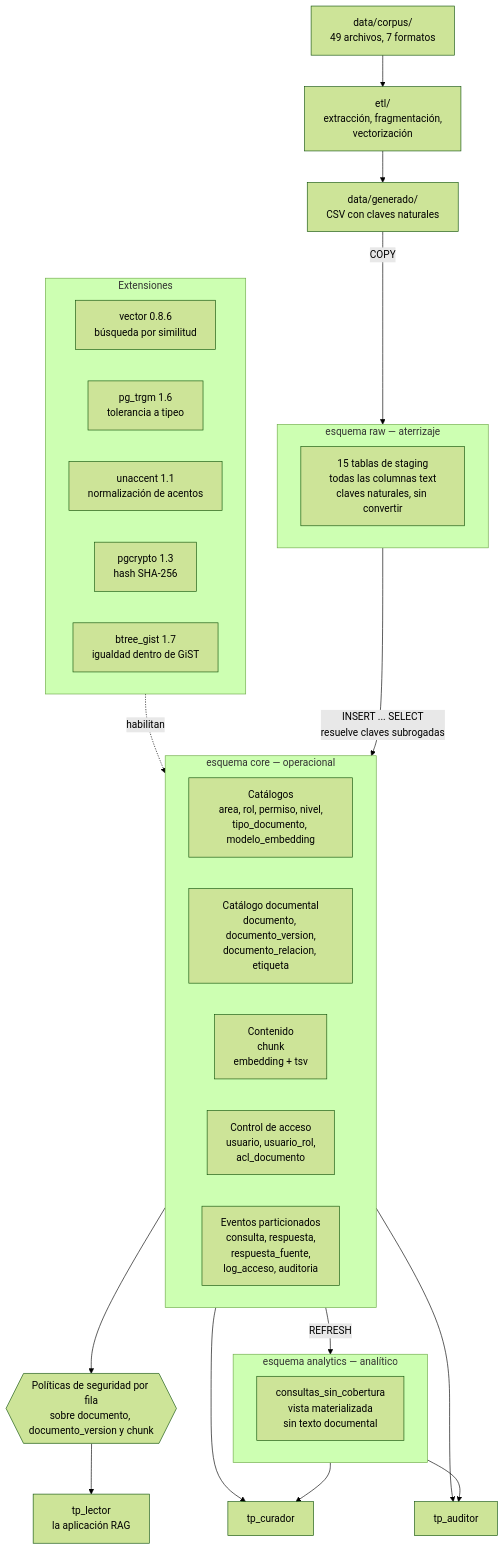
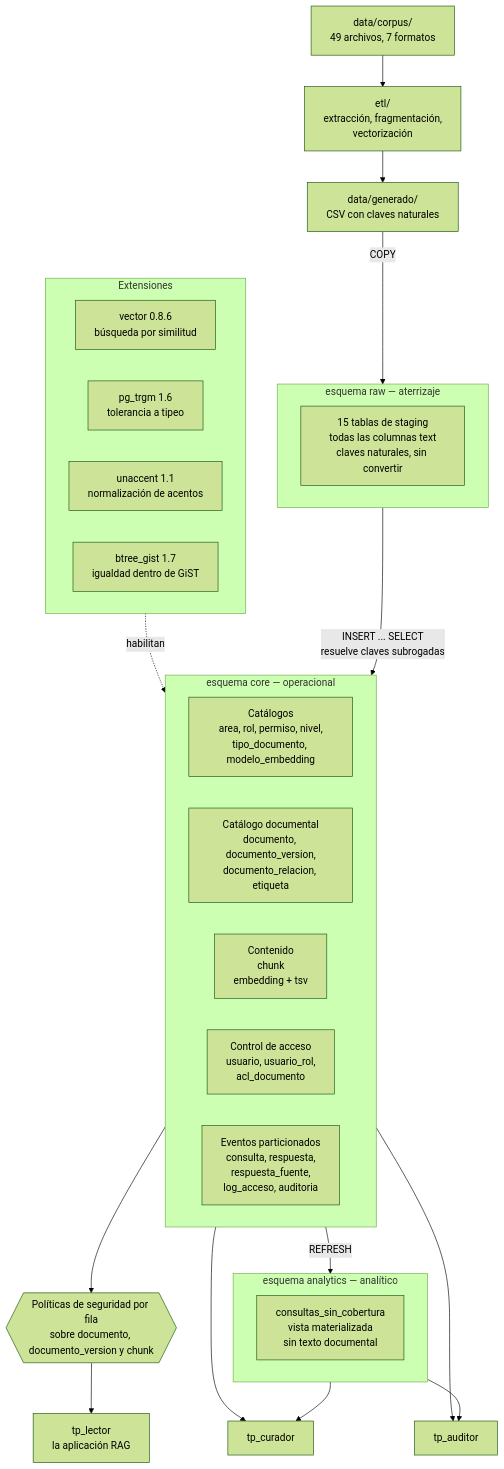
One commit to Droms99/tp_bdia changed the diagram in docs/diagramas/modelo_fisico.md. Above: the diagram before and after it, drawn with Mermaid (forest theme). The commit also changed other lines of this file and 5 other files, not shown here.

````diff
--- a/docs/diagramas/modelo_fisico.md
+++ b/docs/diagramas/modelo_fisico.md
@@ -20,46 +20,45 @@
 ```mermaid
 flowchart TB
     subgraph ext["Extensiones"]
         direction LR
         vector["vector 0.8.6<br/>búsqueda por similitud"]
         trgm["pg_trgm 1.6<br/>tolerancia a tipeo"]
         unacc["unaccent 1.1<br/>normalización de acentos"]
-        crypto["pgcrypto 1.3<br/>hash SHA-256"]
         bgist["btree_gist 1.7<br/>igualdad dentro de GiST"]
     end
 
     subgraph raw["esquema raw — aterrizaje"]
         direction LR
         stg["15 tablas de staging<br/>todas las columnas text<br/>claves naturales, sin convertir"]
     end
 
     subgraph core["esquema core — operacional"]
         direction LR
         cat["Catálogos<br/>area, rol, permiso, nivel,<br/>tipo_documento, modelo_embedding"]
         doc["Catálogo documental<br/>documento, documento_version,<br/>documento_relacion, etiqueta"]
         cnt["Contenido<br/>chunk<br/>embedding + tsv"]
         acc["Control de acceso<br/>usuario, usuario_rol,<br/>acl_documento"]
         evt["Eventos particionados<br/>consulta, respuesta,<br/>respuesta_fuente,<br/>log_acceso, auditoria"]
     end
 
     subgraph ana["esquema analytics — analítico"]
         direction LR
         mv["consultas_sin_cobertura<br/>vista materializada<br/>sin texto documental"]
     end
 
     corpus["data/corpus/<br/>49 archivos, 7 formatos"] --> etl["etl/<br/>extracción, fragmentación,<br/>vectorización"]
     etl --> csv["data/generado/<br/>CSV con claves naturales"]
     csv -->|COPY| stg
     stg -->|"INSERT ... SELECT<br/>resuelve claves subrogadas"| core
     core -->|REFRESH| mv
 
     ext -.->|habilitan| core
 
     rls{{"Políticas de seguridad por fila<br/>sobre documento, documento_version y chunk"}}
     core --> rls
     rls --> lector["tp_lector<br/>la aplicación RAG"]
     core --> curador["tp_curador"]
     core --> auditor["tp_auditor"]
     ana --> curador
     ana --> auditor
 ```
````
